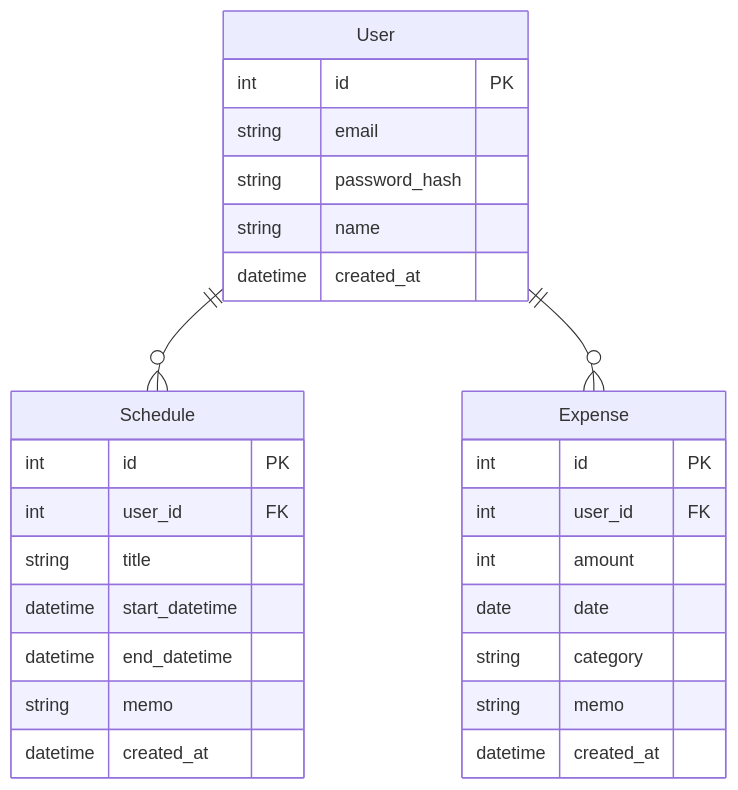
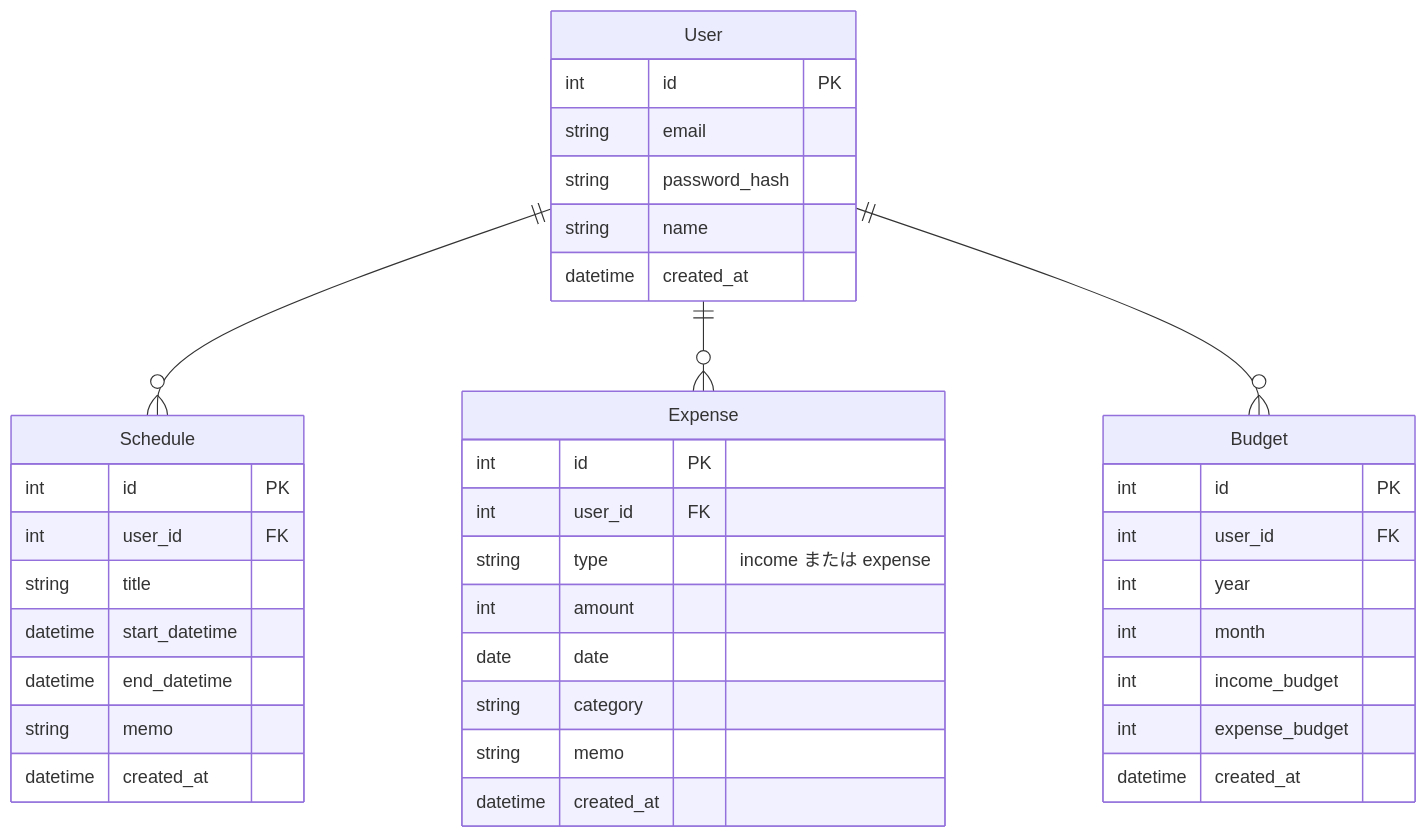
Before and after one commit to kmrtk/PlannerwithExpense: the second of 2 diagrams in docs/03_structure.md, drawn with Mermaid. The commit also changed other lines of this file and 3 other files, not shown here.

````diff
--- a/docs/03_structure.md
+++ b/docs/03_structure.md
@@ -43,31 +44,42 @@
 ```mermaid
 erDiagram
     User {
         int id PK
         string email
         string password_hash
         string name
         datetime created_at
     }
     Schedule {
         int id PK
         int user_id FK
         string title
         datetime start_datetime
         datetime end_datetime
         string memo
         datetime created_at
     }
     Expense {
         int id PK
         int user_id FK
+        string type "income または expense"
         int amount
         date date
         string category
         string memo
         datetime created_at
     }
+    Budget {
+        int id PK
+        int user_id FK
+        int year
+        int month
+        int income_budget
+        int expense_budget
+        datetime created_at
+    }
 
     User ||--o{ Schedule : ""
     User ||--o{ Expense : ""
+    User ||--o{ Budget : ""
 ```
````
